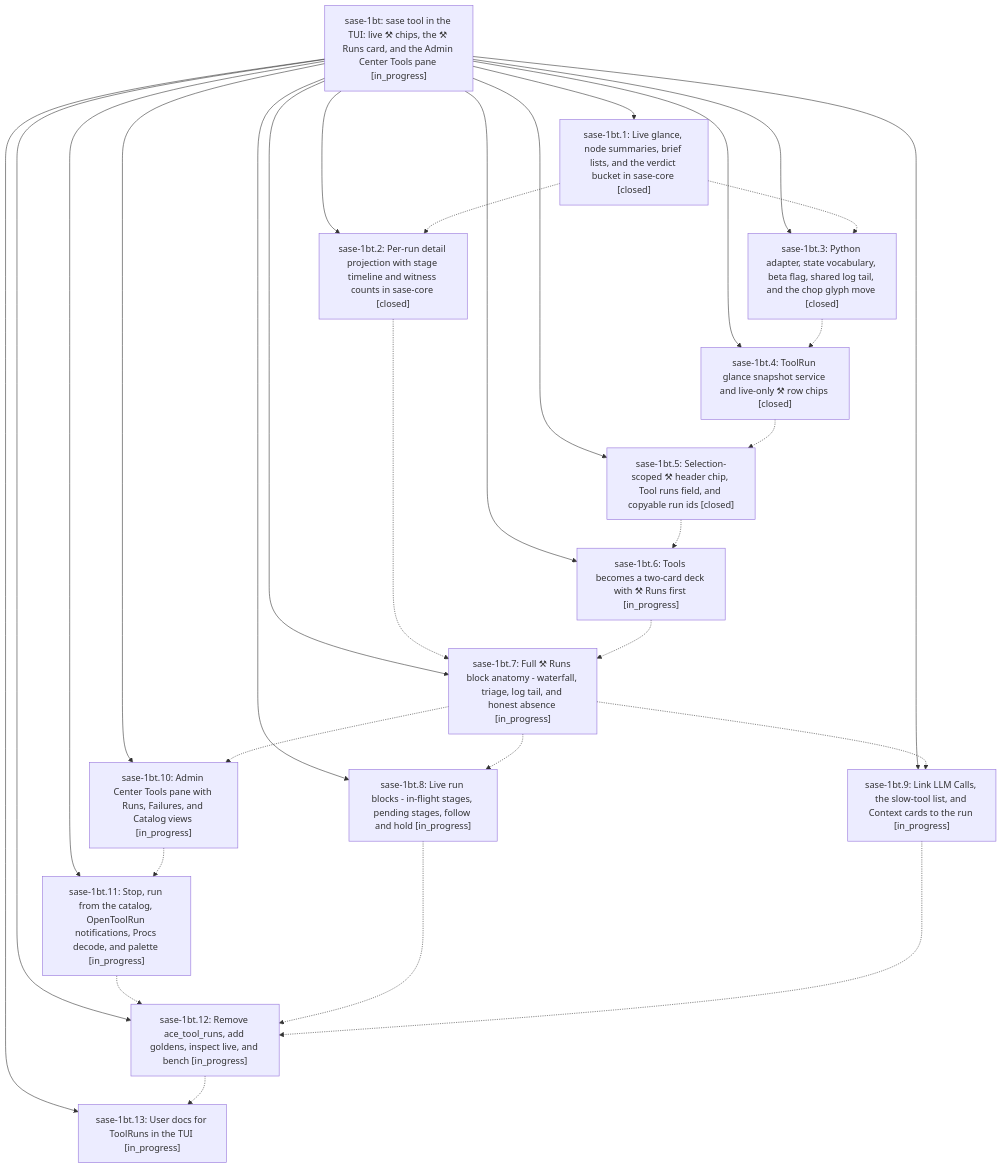
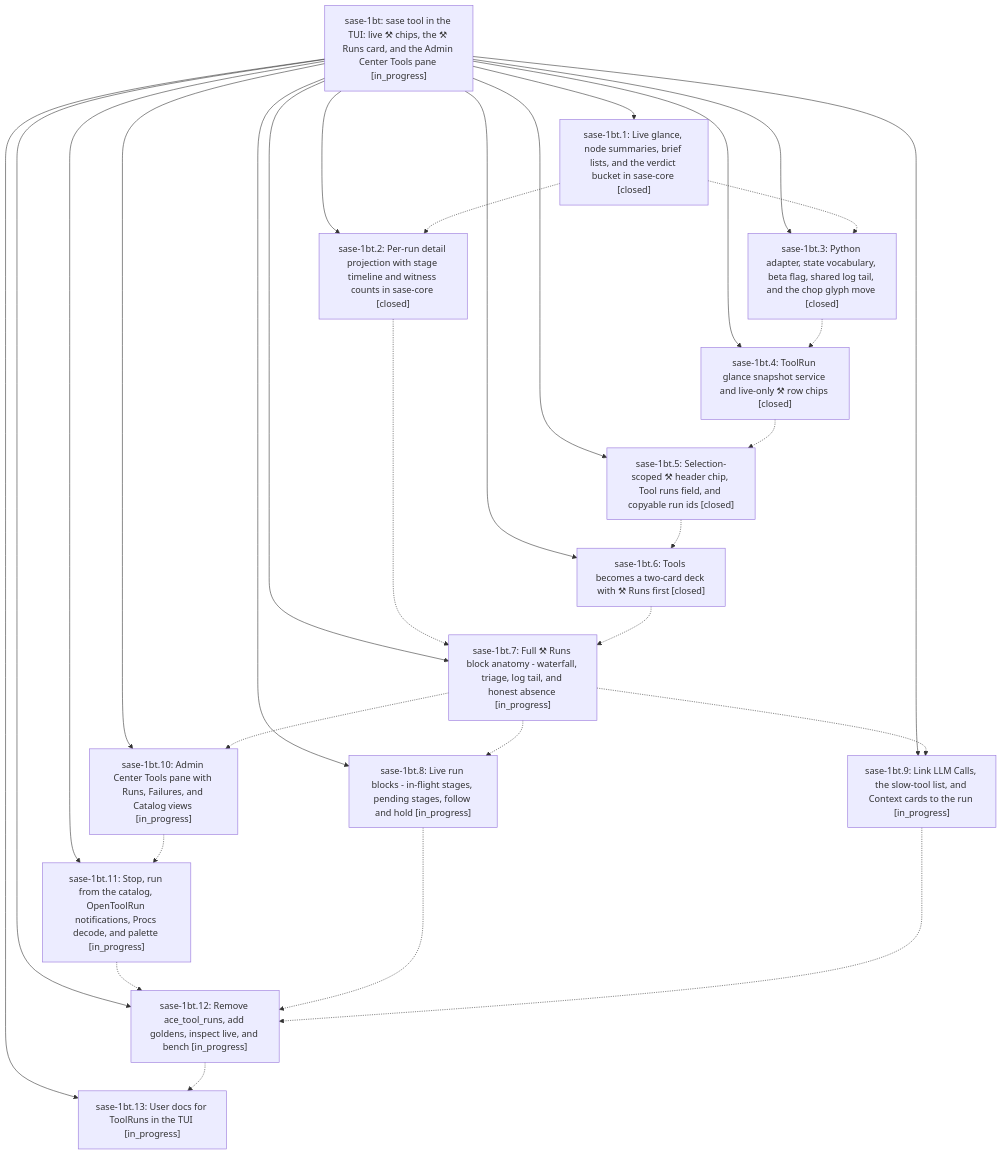
One commit to sase-org/sase--beads changed the diagram in pages/sase-1bt/README.md. Above: the diagram before and after it, drawn with Mermaid. The commit also changed other lines of this file and 3 other files, not shown here.

````diff
--- a/pages/sase-1bt/README.md
+++ b/pages/sase-1bt/README.md
@@ -48,45 +52,45 @@
 ```mermaid
 flowchart TD
     n0["sase-1bt: sase tool in the TUI: live ⚒ chips, the ⚒ Runs card, and the Admin Center Tools pane [in_progress]"]
     n1["sase-1bt.1: Live glance, node summaries, brief lists, and the verdict bucket in sase-core [closed]"]
     n2["sase-1bt.10: Admin Center Tools pane with Runs, Failures, and Catalog views [in_progress]"]
     n3["sase-1bt.11: Stop, run from the catalog, OpenToolRun notifications, Procs decode, and palette [in_progress]"]
     n4["sase-1bt.12: Remove ace_tool_runs, add goldens, inspect live, and bench [in_progress]"]
     n5["sase-1bt.13: User docs for ToolRuns in the TUI [in_progress]"]
     n6["sase-1bt.2: Per-run detail projection with stage timeline and witness counts in sase-core [closed]"]
     n7["sase-1bt.3: Python adapter, state vocabulary, beta flag, shared log tail, and the chop glyph move [closed]"]
     n8["sase-1bt.4: ToolRun glance snapshot service and live-only ⚒ row chips [closed]"]
     n9["sase-1bt.5: Selection-scoped ⚒ header chip, Tool runs field, and copyable run ids [closed]"]
-    n10["sase-1bt.6: Tools becomes a two-card deck with ⚒ Runs first [in_progress]"]
+    n10["sase-1bt.6: Tools becomes a two-card deck with ⚒ Runs first [closed]"]
     n11["sase-1bt.7: Full ⚒ Runs block anatomy - waterfall, triage, log tail, and honest absence [in_progress]"]
     n12["sase-1bt.8: Live run blocks - in-flight stages, pending stages, follow and hold [in_progress]"]
     n13["sase-1bt.9: Link LLM Calls, the slow-tool list, and Context cards to the run [in_progress]"]
     n0 --> n1
     n0 --> n2
     n0 --> n3
     n0 --> n4
     n0 --> n5
     n0 --> n6
     n0 --> n7
     n0 --> n8
     n0 --> n9
     n0 --> n10
     n0 --> n11
     n0 --> n12
     n0 --> n13
     n1 -.-> n6
     n1 -.-> n7
     n2 -.-> n3
     n3 -.-> n4
     n4 -.-> n5
     n6 -.-> n11
     n7 -.-> n8
     n8 -.-> n9
     n9 -.-> n10
     n10 -.-> n11
     n11 -.-> n2
     n11 -.-> n12
     n11 -.-> n13
     n12 -.-> n4
     n13 -.-> n4
 ```
````
